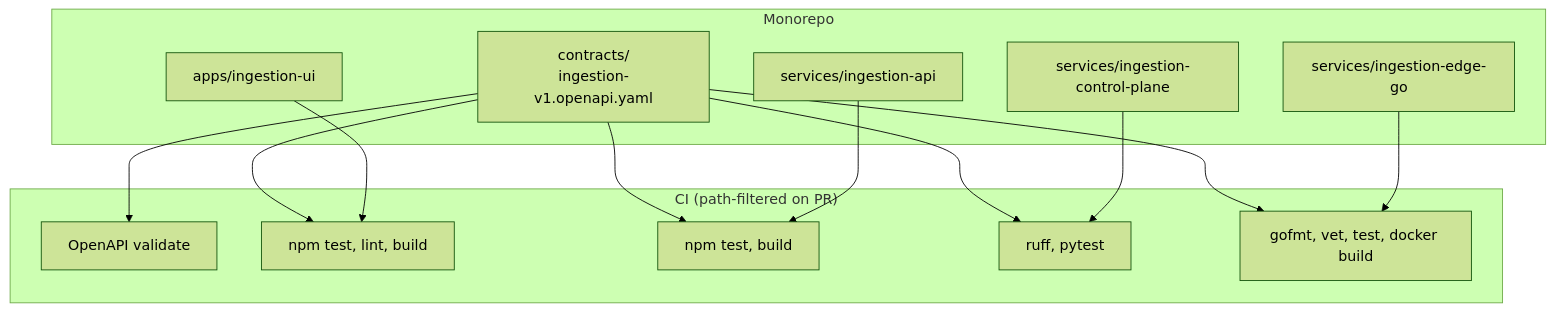
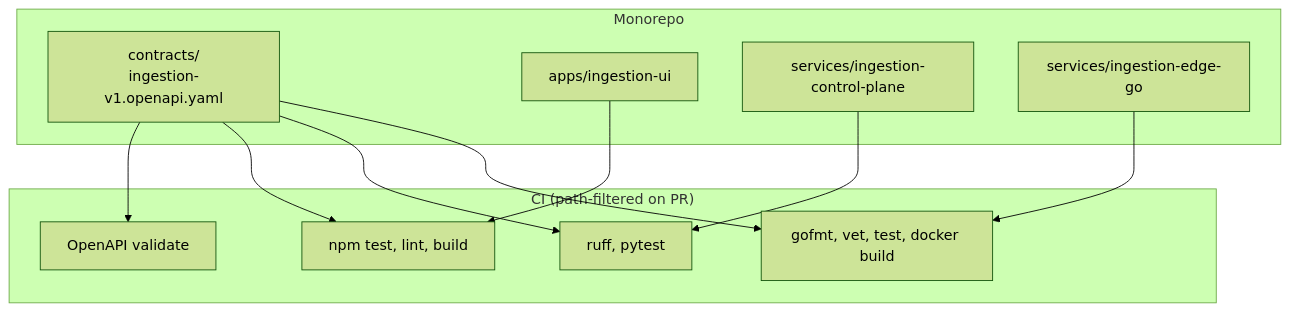
One commit to BernardoCSACarreira/canal changed the second of 6 diagrams in docs/architecture/diagrams.md. Above: the diagram before and after it, drawn with Mermaid (forest theme). The commit also changed other lines of this file and 42 other files, not shown here.

First line of the commit message:
feat(CAN-73): remove legacy TypeScript ingestion-api

````diff
--- a/docs/architecture/diagrams.md
+++ b/docs/architecture/diagrams.md
@@ -50,28 +46,24 @@
 ```mermaid
 flowchart TB
   subgraph repo["Monorepo"]
     OAS["contracts/\ningestion-v1.openapi.yaml"]
     UI["apps/ingestion-ui"]
-    TSAPI["services/ingestion-api"]
     PY["services/ingestion-control-plane"]
     GO["services/ingestion-edge-go"]
   end
 
   subgraph ci["CI (path-filtered on PR)"]
     V_OAS["OpenAPI validate"]
     V_UI["npm test, lint, build"]
-    V_TS["npm test, build"]
     V_PY["ruff, pytest"]
     V_GO["gofmt, vet, test, docker build"]
   end
 
   OAS --> V_OAS
   UI --> V_UI
-  TSAPI --> V_TS
   PY --> V_PY
   GO --> V_GO
   OAS --> V_UI
-  OAS --> V_TS
   OAS --> V_PY
   OAS --> V_GO
 ```
````
